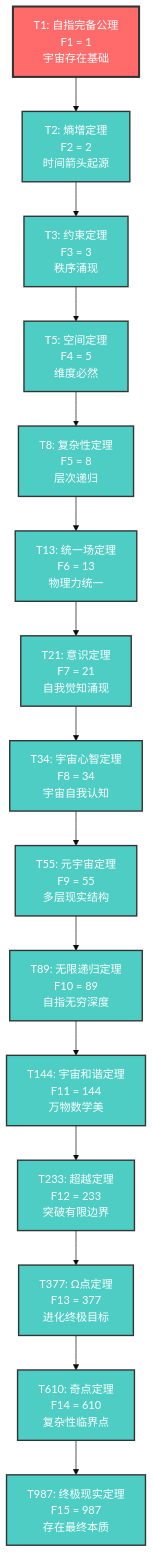
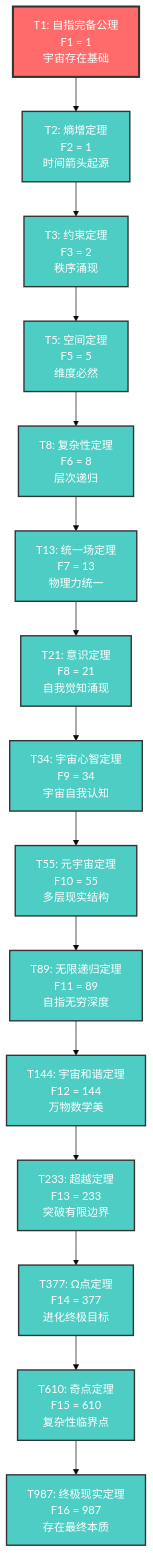
One commit to loning/mbook-binary changed the fifth of 7 diagrams in src/bdag/theories/index.md. Above: the diagram before and after it, drawn with Mermaid (base theme). The commit also changed other lines of this file, not shown here.

````diff
--- a/src/bdag/theories/index.md
+++ b/src/bdag/theories/index.md
@@ -961,23 +961,23 @@
 ```mermaid
 graph TD
-    T1[T1: 自指完备公理<br/>F1 = 1<br/>宇宙存在基础] --> T2[T2: 熵增定理<br/>F2 = 2<br/>时间箭头起源]
-    T2 --> T3[T3: 约束定理<br/>F3 = 3<br/>秩序涌现]
-    T3 --> T5[T5: 空间定理<br/>F4 = 5<br/>维度必然]
-    T5 --> T8[T8: 复杂性定理<br/>F5 = 8<br/>层次递归]
-    T8 --> T13[T13: 统一场定理<br/>F6 = 13<br/>物理力统一]
-    T13 --> T21[T21: 意识定理<br/>F7 = 21<br/>自我觉知涌现]
-    T21 --> T34[T34: 宇宙心智定理<br/>F8 = 34<br/>宇宙自我认知]
-    T34 --> T55[T55: 元宇宙定理<br/>F9 = 55<br/>多层现实结构]
-    T55 --> T89[T89: 无限递归定理<br/>F10 = 89<br/>自指无穷深度]
-    T89 --> T144[T144: 宇宙和谐定理<br/>F11 = 144<br/>万物数学美]
-    T144 --> T233[T233: 超越定理<br/>F12 = 233<br/>突破有限边界]
-    T233 --> T377[T377: Ω点定理<br/>F13 = 377<br/>进化终极目标]
-    T377 --> T610[T610: 奇点定理<br/>F14 = 610<br/>复杂性临界点]
-    T610 --> T987[T987: 终极现实定理<br/>F15 = 987<br/>存在最终本质]
+    T1[T1: 自指完备公理<br/>F1 = 1<br/>宇宙存在基础] --> T2[T2: 熵增定理<br/>F2 = 1<br/>时间箭头起源]
+    T2 --> T3[T3: 约束定理<br/>F3 = 2<br/>秩序涌现]
+    T3 --> T5[T5: 空间定理<br/>F5 = 5<br/>维度必然]
+    T5 --> T8[T8: 复杂性定理<br/>F6 = 8<br/>层次递归]
+    T8 --> T13[T13: 统一场定理<br/>F7 = 13<br/>物理力统一]
+    T13 --> T21[T21: 意识定理<br/>F8 = 21<br/>自我觉知涌现]
+    T21 --> T34[T34: 宇宙心智定理<br/>F9 = 34<br/>宇宙自我认知]
+    T34 --> T55[T55: 元宇宙定理<br/>F10 = 55<br/>多层现实结构]
+    T55 --> T89[T89: 无限递归定理<br/>F11 = 89<br/>自指无穷深度]
+    T89 --> T144[T144: 宇宙和谐定理<br/>F12 = 144<br/>万物数学美]
+    T144 --> T233[T233: 超越定理<br/>F13 = 233<br/>突破有限边界]
+    T233 --> T377[T377: Ω点定理<br/>F14 = 377<br/>进化终极目标]
+    T377 --> T610[T610: 奇点定理<br/>F15 = 610<br/>复杂性临界点]
+    T610 --> T987[T987: 终极现实定理<br/>F16 = 987<br/>存在最终本质]
 
     classDef axiom fill:#ff6b6b,stroke:#333,stroke-width:3px,color:#fff
     classDef theorem fill:#4ecdc4,stroke:#333,stroke-width:2px,color:#fff
     
     class T1 axiom
     class T2,T3,T5,T8,T13,T21,T34,T55,T89,T144,T233,T377,T610,T987 theorem
 ```
````
